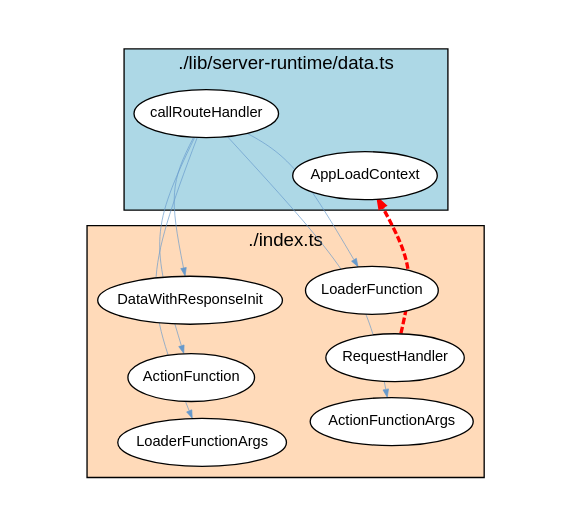
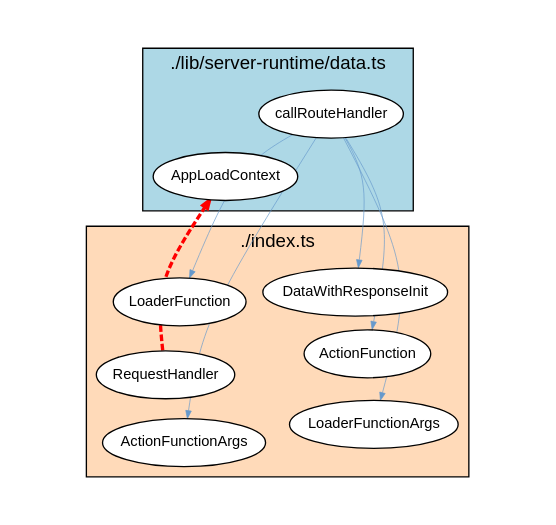
One commit to JohT/code-graph-analysis-examples changed the diagram in analysis-results/react-router/react-router-7.18.1/cyclic-dependencies/Typescript_Module/Graph_Visualizations/graphviz/TypescriptModuleCyclicDependencies4.gv. Above: the diagram before and after it, drawn with Graphviz. The commit also changed other lines of this file and 349 other files, not shown here.

```diff
--- a/analysis-results/react-router/react-router-7.18.1/cyclic-dependencies/Typescript_Module/Graph_Visualizations/graphviz/TypescriptModuleCyclicDependencies4.gv
+++ b/analysis-results/react-router/react-router-7.18.1/cyclic-dependencies/Typescript_Module/Graph_Visualizations/graphviz/TypescriptModuleCyclicDependencies4.gv
@@ -1,34 +1,34 @@
 strict digraph cycle {
     graph [layout = "fdp"; start = "7"; splines = "curved"; pad = "0.8,0.4"; outputorder = "edgesfirst";];
     graph [fontname = "Helvetica,Arial,sans-serif"; labelloc = "t";];
     node [fontname = "Helvetica,Arial,sans-serif"; style = "filled"; fillcolor = "white";];
     node [fontsize = 11; margin = "0.05,0.05";];
     edge [fontsize = 9; arrowsize = "0.6";];
 
     subgraph cluster_package {
         label="./lib/server-runtime/data.ts";
         style="filled";
         fillcolor="lightblue";
         "callRouteHandler";
         "AppLoadContext";
     }
 
     subgraph cluster_dependent {
         label="./index.ts";
         style="filled";
         fillcolor="peachpuff";
         "ActionFunction";
         "DataWithResponseInit";
         "LoaderFunctionArgs";
         "ActionFunctionArgs";
         "RequestHandler";
         "LoaderFunction";
     }
 
     "callRouteHandler" -> "LoaderFunction" [color="#6699CC"; penwidth="0.5"];
+    "callRouteHandler" -> "ActionFunction" [color="#6699CC"; penwidth="0.5"];
     "callRouteHandler" -> "DataWithResponseInit" [color="#6699CC"; penwidth="0.5"];
-    "callRouteHandler" -> "ActionFunction" [color="#6699CC"; penwidth="0.5"];
     "callRouteHandler" -> "LoaderFunctionArgs" [color="#6699CC"; penwidth="0.5"];
     "callRouteHandler" -> "ActionFunctionArgs" [color="#6699CC"; penwidth="0.5"];
     "RequestHandler" -> "AppLoadContext" [color="red"; penwidth="2.5"; style="dashed";];
 }
```
